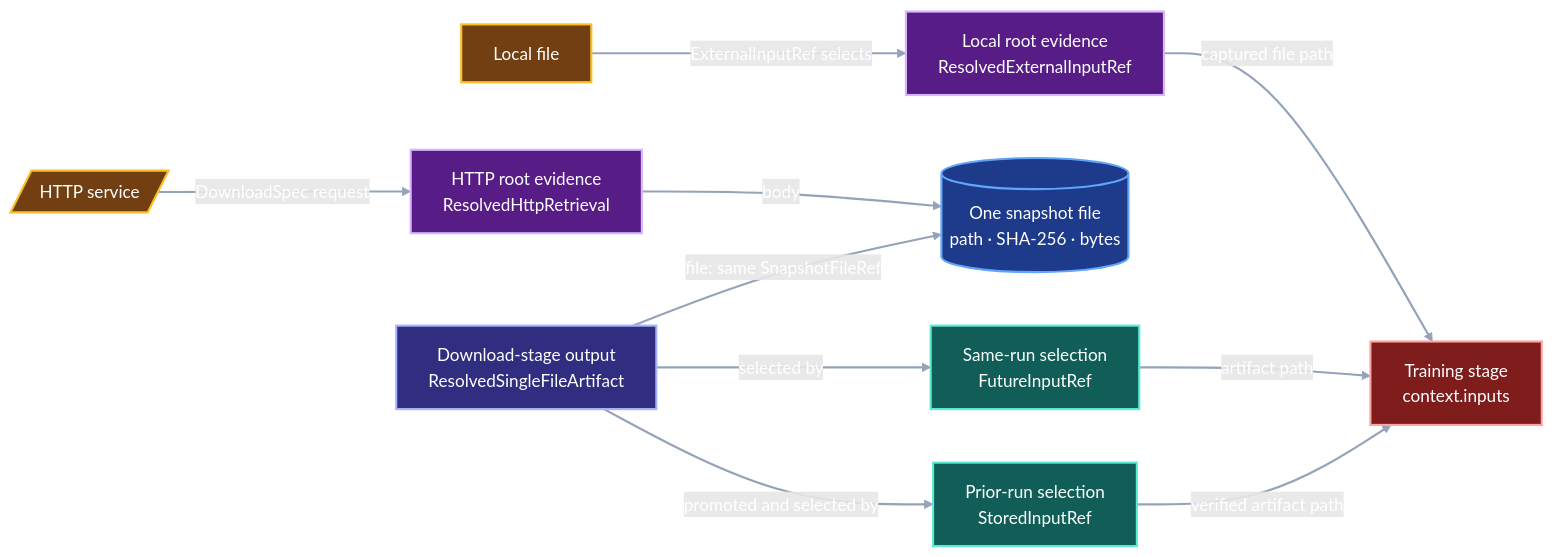
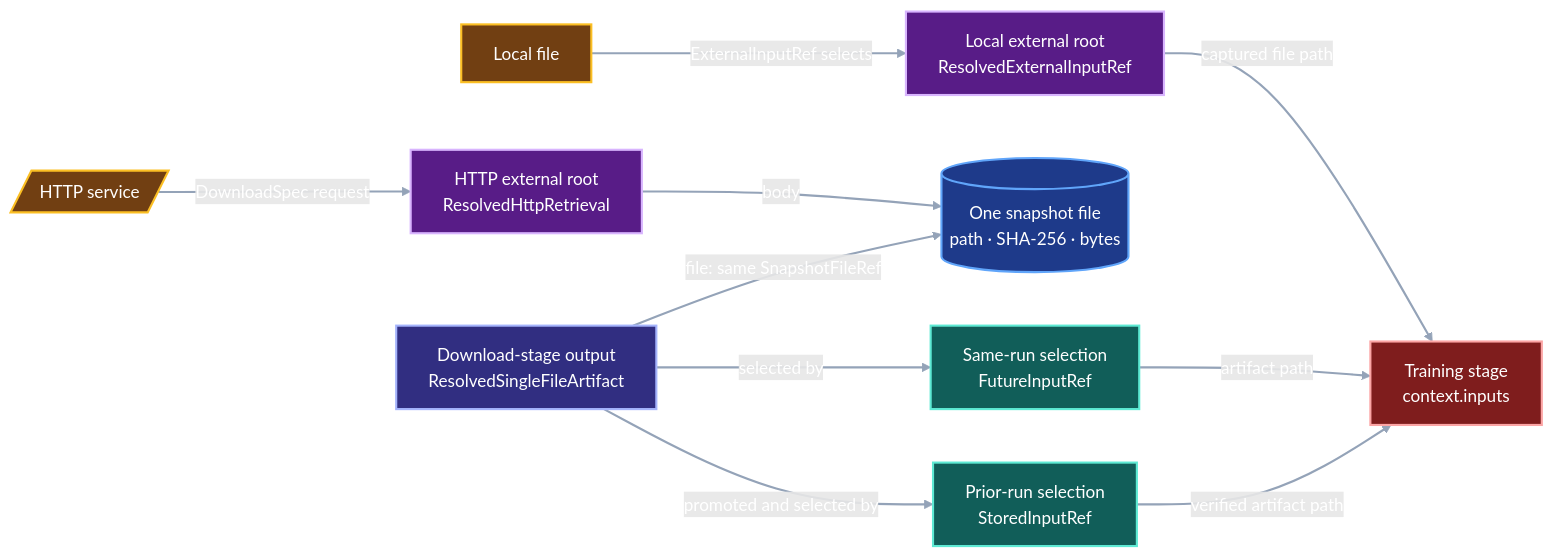
One commit to pvd232/viper changed the diagram in docs/development/external-input-roots.md. Above: the diagram before and after it, drawn with Mermaid. The commit also changed other lines of this file, not shown here.

Commit message:
Define resolved external input roots

````diff
--- a/docs/development/external-input-roots.md
+++ b/docs/development/external-input-roots.md
@@ -75,37 +87,37 @@
 ```mermaid
 flowchart LR
     Local["Local file"]
     Service[/"HTTP service"/]
-    LocalRoot["Local root evidence<br/>ResolvedExternalInputRef"]
-    Retrieval["HTTP root evidence<br/>ResolvedHttpRetrieval"]
+    LocalRoot["Local external root<br/>ResolvedExternalInputRef"]
+    Retrieval["HTTP external root<br/>ResolvedHttpRetrieval"]
     File[("One snapshot file<br/>path · SHA-256 · bytes")]
     Artifact["Download-stage output<br/>ResolvedSingleFileArtifact"]
     SameRun["Same-run selection<br/>FutureInputRef"]
     PriorRun["Prior-run selection<br/>StoredInputRef"]
     Train["Training stage<br/>context.inputs"]
 
     Local -->|"ExternalInputRef selects"| LocalRoot
     LocalRoot -->|"captured file path"| Train
     Service -->|"DownloadSpec request"| Retrieval
     Retrieval -->|"body"| File
     Artifact -->|"file: same SnapshotFileRef"| File
     Artifact -->|"selected by"| SameRun
     Artifact -->|"promoted and selected by"| PriorRun
     SameRun -->|"artifact path"| Train
     PriorRun -->|"verified artifact path"| Train
 
     class Local,Service external
     class LocalRoot,Retrieval root
     class File evidence
     class Artifact artifact
     class SameRun,PriorRun reference
     class Train consumer
 
     classDef external fill:#713f12,stroke:#fbbf24,color:#ffffff,stroke-width:2px
     classDef root fill:#581c87,stroke:#d8b4fe,color:#ffffff,stroke-width:2px
     classDef evidence fill:#1e3a8a,stroke:#60a5fa,color:#ffffff,stroke-width:2px
     classDef artifact fill:#312e81,stroke:#a5b4fc,color:#ffffff,stroke-width:2px
     classDef reference fill:#115e59,stroke:#5eead4,color:#ffffff,stroke-width:2px
     classDef consumer fill:#7f1d1d,stroke:#fca5a5,color:#ffffff,stroke-width:2px
     linkStyle default stroke:#94a3b8,stroke-width:2px
 ```
````
